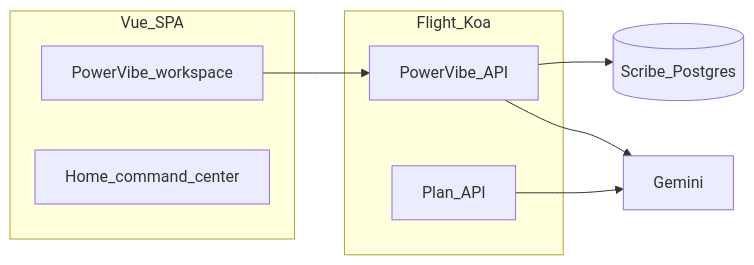
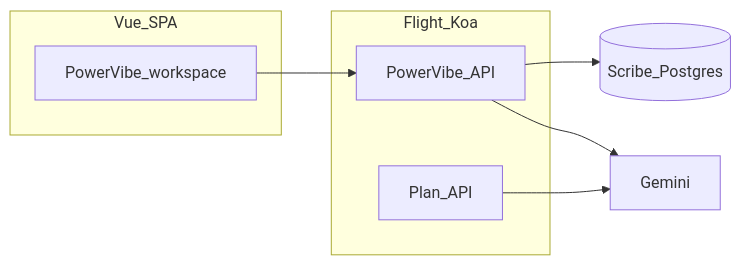
The diagram in README.md (thoughtpivot/kota0), drawn with Mermaid before and after one commit. The commit also changed other lines of this file and 25 other files, not shown here.

Commit message:
feat(powervibe): remove home, quick AI prompt, rail and chart bundle fixes

````diff
--- a/README.md
+++ b/README.md
@@ -120,17 +119,16 @@
 ```mermaid
 flowchart LR
   subgraph ui [Vue_SPA]
     Workspace[PowerVibe_workspace]
-    Home[Home_command_center]
   end
   subgraph runtime [Flight_Koa]
     PowervibeAPI[PowerVibe_API]
     PlanAPI[Plan_API]
   end
   Scribe[(Scribe_Postgres)]
   Gemini[Gemini]
   Workspace --> PowervibeAPI
   PowervibeAPI --> Scribe
   PowervibeAPI --> Gemini
   PlanAPI --> Gemini
 ```
````
